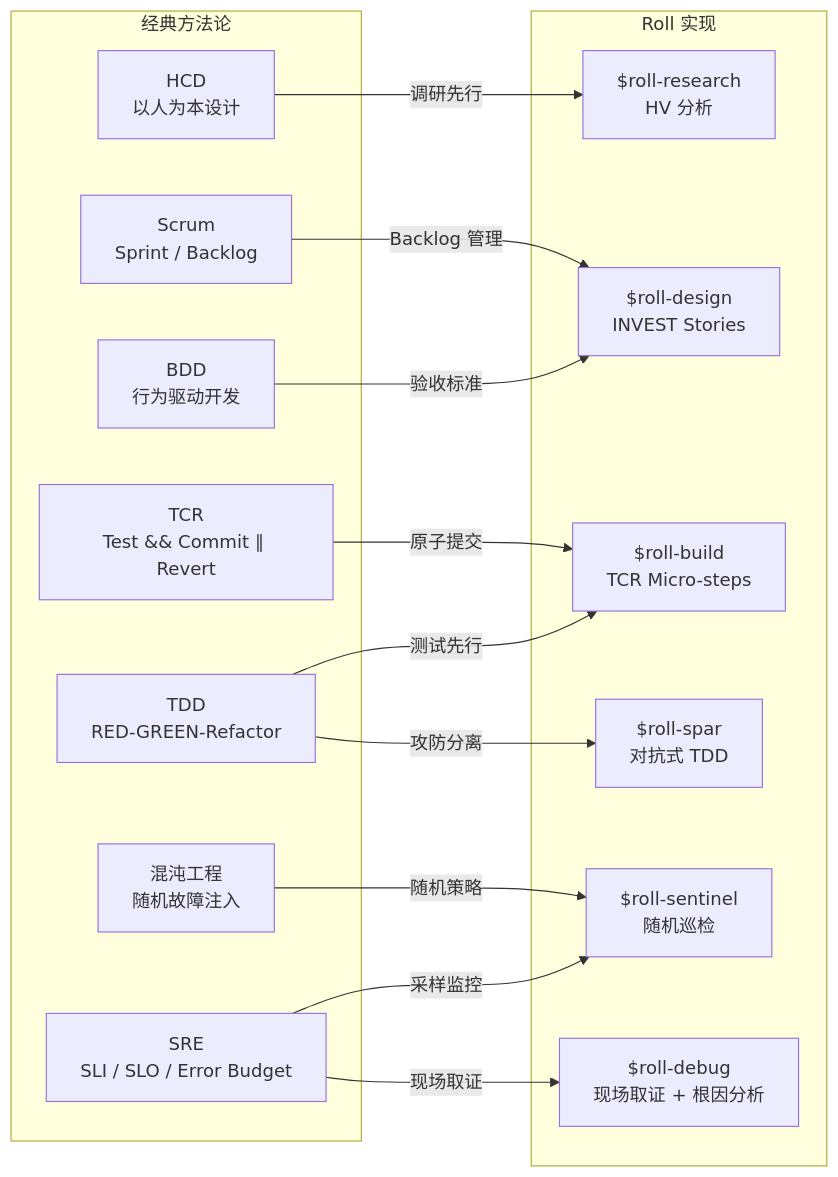
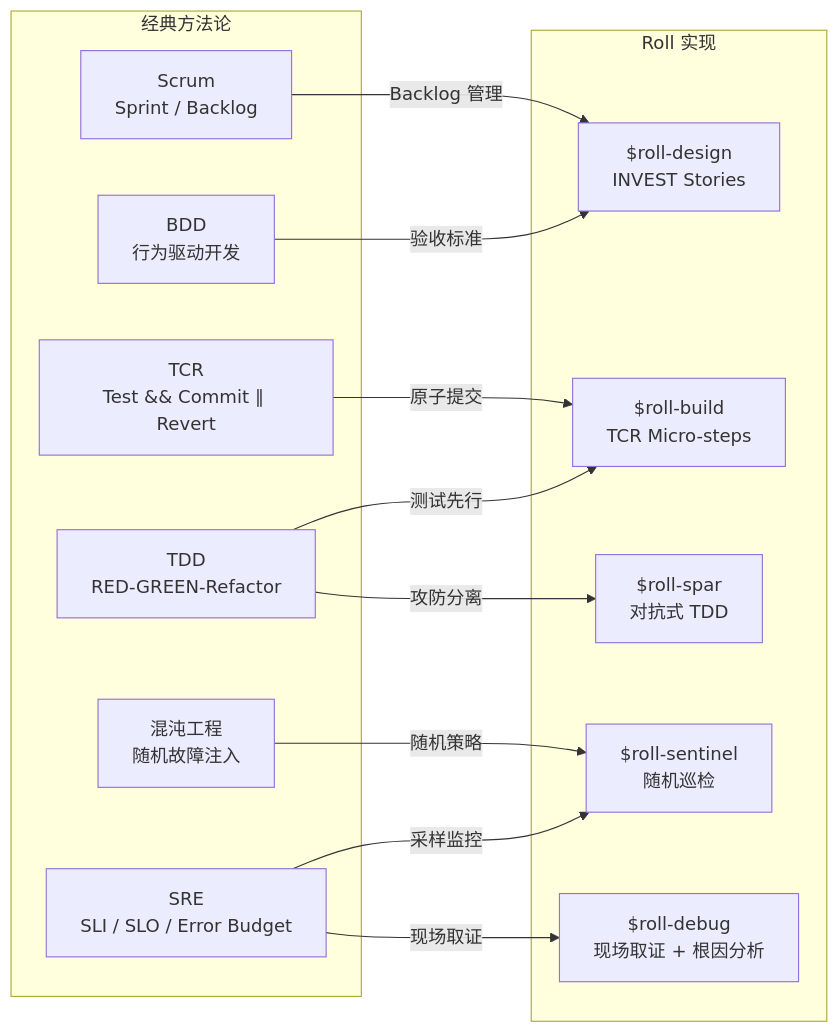
Before and after one commit to seanyao/roll: the second of 2 diagrams in guide/zh/methodology.md, drawn with Mermaid. The commit also changed other lines of this file and 14 other files, not shown here.

First line of the commit message:
Chore: remove roll-research skill + drop README acknowledgments

````diff
--- a/guide/zh/methodology.md
+++ b/guide/zh/methodology.md
@@ -540,31 +521,28 @@
 ```mermaid
 graph LR
     subgraph "经典方法论"
-        HCD["HCD<br/>以人为本设计"]
         BDD["BDD<br/>行为驱动开发"]
         S["Scrum<br/>Sprint / Backlog"]
         T["TDD<br/>RED-GREEN-Refactor"]
         TCR["TCR<br/>Test && Commit ∥ Revert"]
         SRE["SRE<br/>SLI / SLO / Error Budget"]
         CE["混沌工程<br/>随机故障注入"]
     end
 
     subgraph "Roll 实现"
-        R["$roll-research<br/>HV 分析"]
         D["$roll-design<br/>INVEST Stories"]
         SB["$roll-build<br/>TCR Micro-steps"]
         SP["$roll-spar<br/>对抗式 TDD"]
         SE["$roll-sentinel<br/>随机巡检"]
         BB["$roll-debug<br/>现场取证 + 根因分析"]
     end
 
-    HCD -->|"调研先行"| R
     BDD -->|"验收标准"| D
     S -->|"Backlog 管理"| D
     T -->|"测试先行"| SB
     TCR -->|"原子提交"| SB
     T -->|"攻防分离"| SP
     SRE -->|"采样监控"| SE
     CE -->|"随机策略"| SE
     SRE -->|"现场取证"| BB
 ```
````
